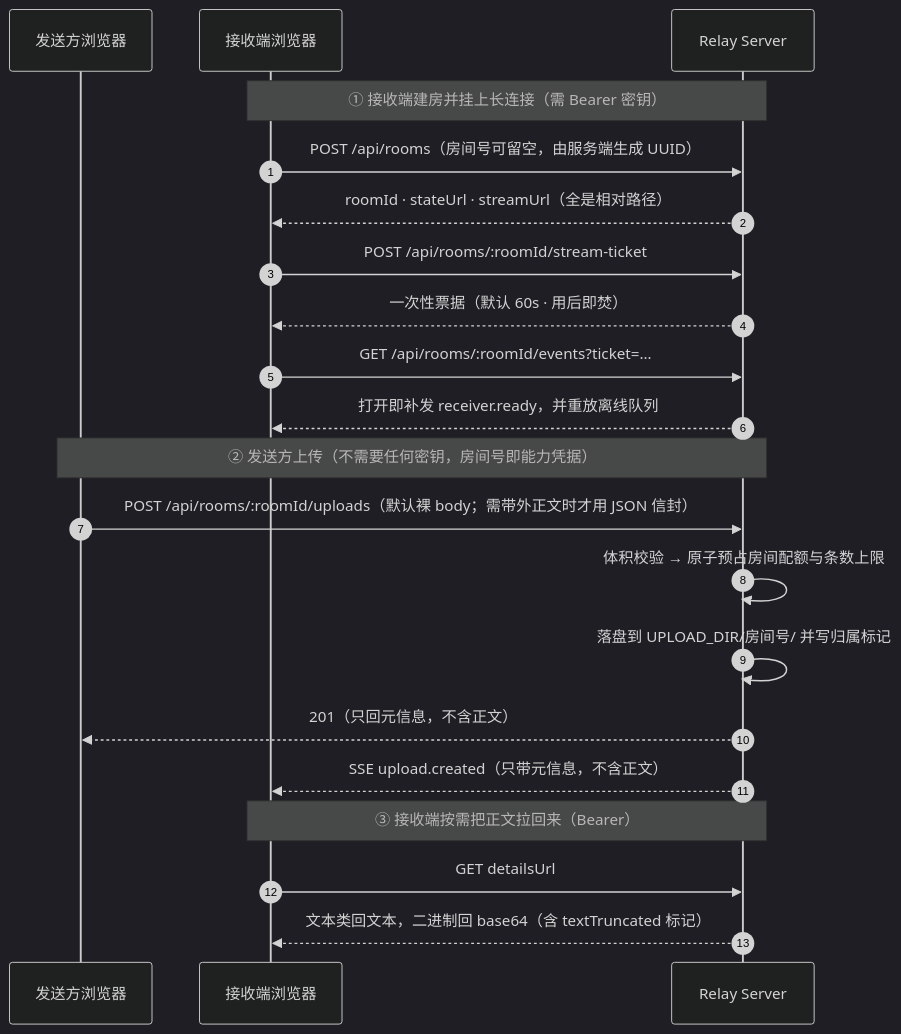
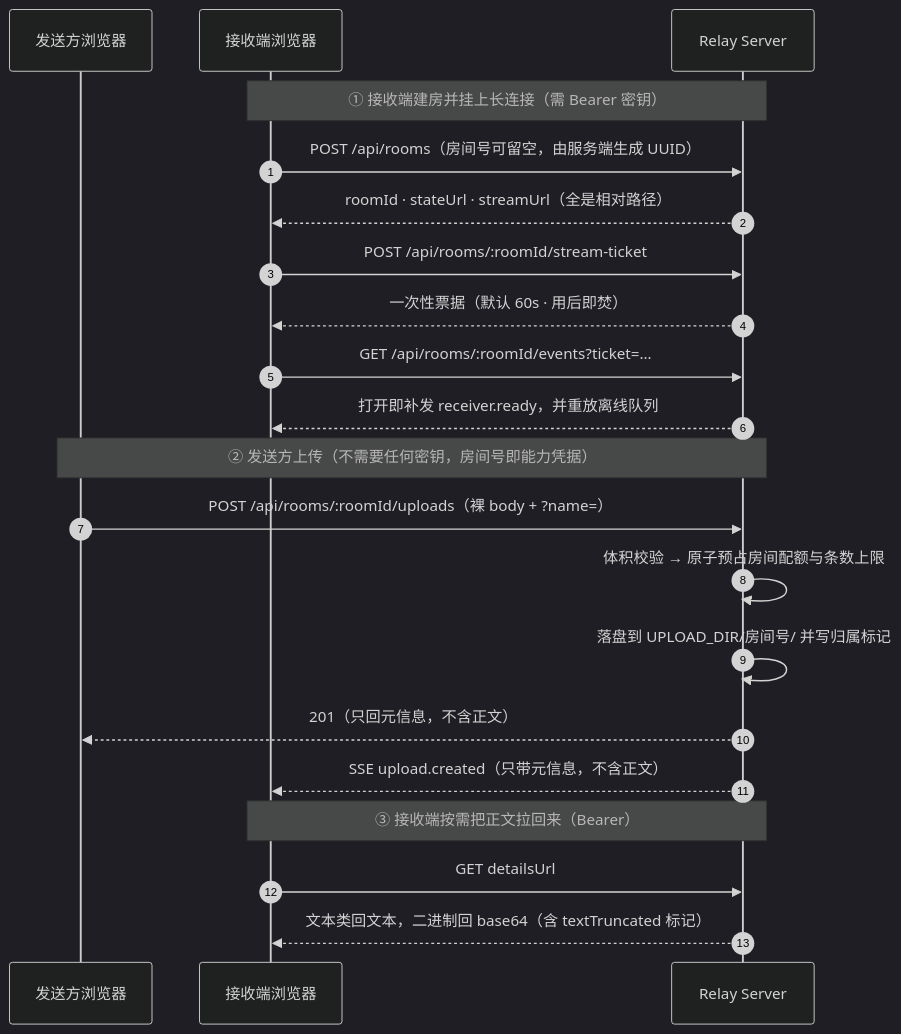
The second of 2 diagrams in README.md (HHSTU-IST/coolector), drawn with Mermaid (dark theme) before and after one commit. The commit also changed other lines of this file and 16 other files, not shown here.

First line of the commit message:
feat(relay): docx 正文提取移到服务端，内置前端彻底告别 JSON 信封

````diff
--- a/README.md
+++ b/README.md
@@ -185,26 +185,26 @@
 ```mermaid
 sequenceDiagram
   autonumber
   participant S as 发送方浏览器
   participant R as 接收端浏览器
   participant Relay as Relay Server
 
   Note over R,Relay: ① 接收端建房并挂上长连接（需 Bearer 密钥）
   R->>Relay: POST /api/rooms（房间号可留空，由服务端生成 UUID）
   Relay-->>R: roomId · stateUrl · streamUrl（全是相对路径）
   R->>Relay: POST /api/rooms/:roomId/stream-ticket
   Relay-->>R: 一次性票据（默认 60s · 用后即焚）
   R->>Relay: GET /api/rooms/:roomId/events?ticket=…
   Relay-->>R: 打开即补发 receiver.ready，并重放离线队列
 
   Note over S,Relay: ② 发送方上传（不需要任何密钥，房间号即能力凭据）
-  S->>Relay: POST /api/rooms/:roomId/uploads（默认裸 body；需带外正文时才用 JSON 信封）
+  S->>Relay: POST /api/rooms/:roomId/uploads（裸 body + ?name=）
   Relay->>Relay: 体积校验 → 原子预占房间配额与条数上限
   Relay->>Relay: 落盘到 UPLOAD_DIR/房间号/ 并写归属标记
   Relay-->>S: 201（只回元信息，不含正文）
   Relay-->>R: SSE upload.created（只带元信息，不含正文）
 
   Note over R,Relay: ③ 接收端按需把正文拉回来（Bearer）
   R->>Relay: GET detailsUrl
   Relay-->>R: 文本类回文本，二进制回 base64（含 textTruncated 标记）
 ```
````
